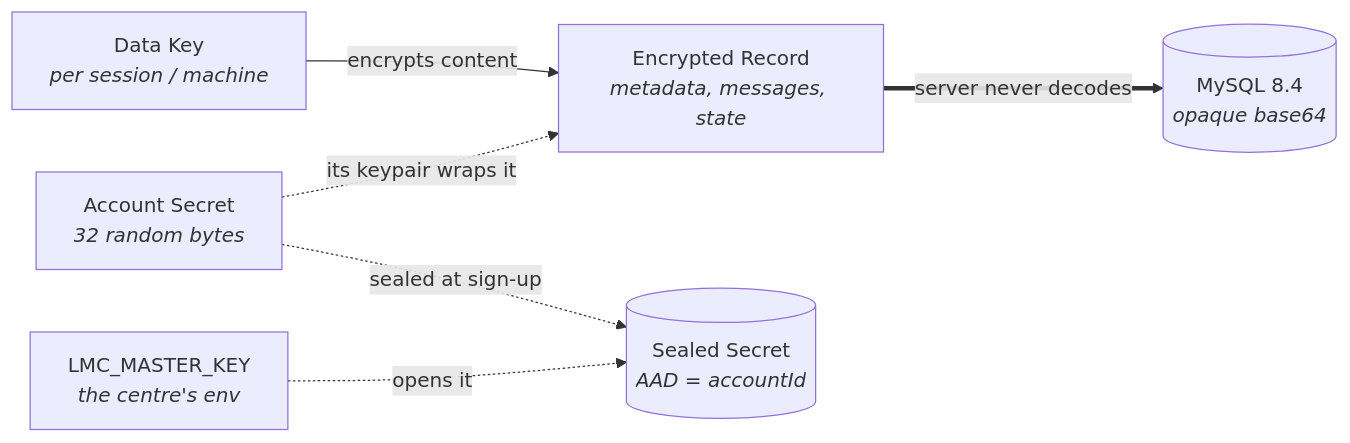
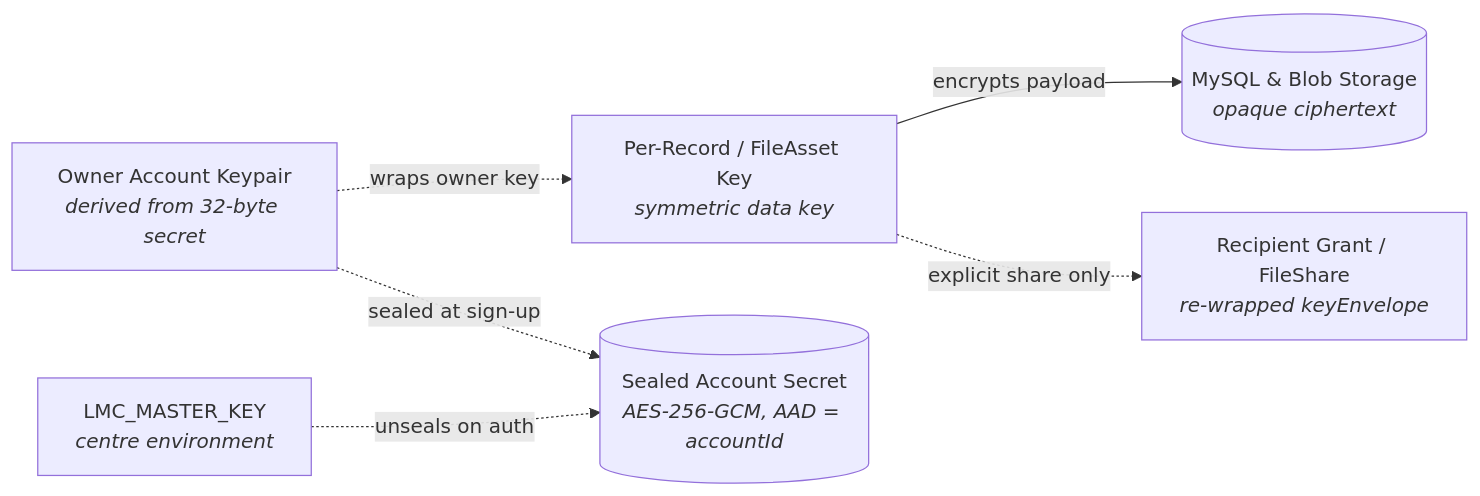
The third of 3 diagrams in README.md (MoeAisaka/lmc-workspace), drawn with Mermaid before and after one commit. The commit also changed other lines of this file and 4 other files, not shown here.

````diff
--- a/README.md
+++ b/README.md
@@ -119,15 +94,15 @@
 ```mermaid
 flowchart LR
-    dek["Data Key<br/><i>per session / machine</i>"]
-    secret["Account Secret<br/><i>32 random bytes</i>"]
-    record["Encrypted Record<br/><i>metadata, messages, state</i>"]
-    mysql[("MySQL 8.4<br/><i>opaque base64</i>")]
-    sealed[("Sealed Secret<br/><i>AAD = accountId</i>")]
-    master["LMC_MASTER_KEY<br/><i>the centre's env</i>"]
+    dek["Per-Record / FileAsset Key<br/><i>symmetric data key</i>"]
+    cipher[("MySQL & Blob Storage<br/><i>opaque ciphertext</i>")]
+    secret["Owner Account Keypair<br/><i>derived from 32-byte secret</i>"]
+    sealed[("Sealed Account Secret<br/><i>AES-256-GCM, AAD = accountId</i>")]
+    master["LMC_MASTER_KEY<br/><i>centre environment</i>"]
+    grant["Recipient Grant / FileShare<br/><i>re-wrapped keyEnvelope</i>"]
 
-    dek -- "encrypts content" --> record
-    secret -. "its keypair wraps it" .-> record
-    record == "server never decodes" ==> mysql
+    dek -- "encrypts payload" --> cipher
+    secret -. "wraps owner key" .-> dek
     secret -. "sealed at sign-up" .-> sealed
-    master -. "opens it" .-> sealed
+    master -. "unseals on auth" .-> sealed
+    dek -. "explicit share only" .-> grant
 ```
````
